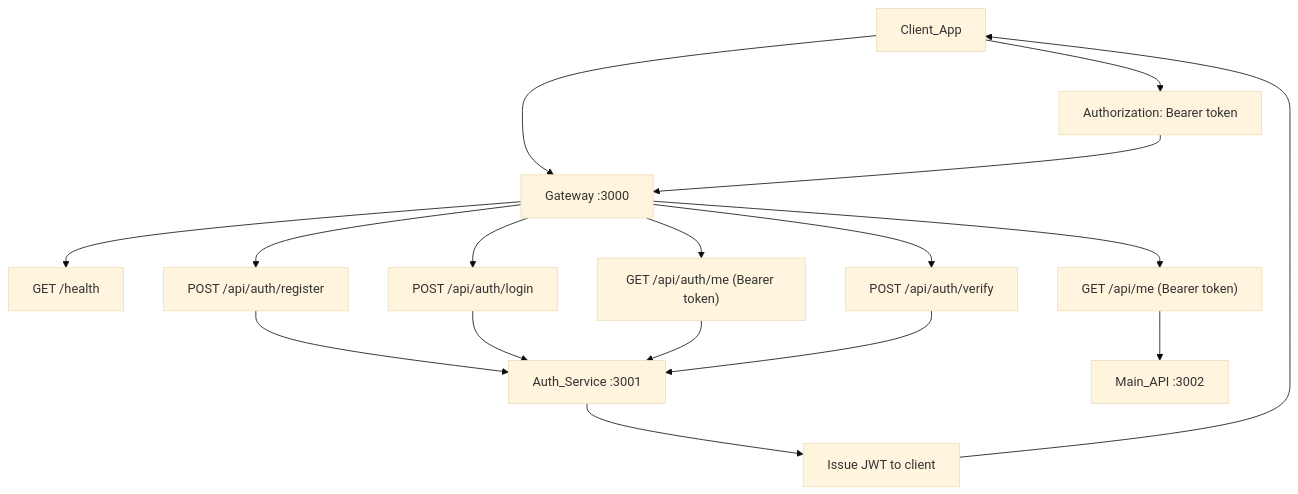
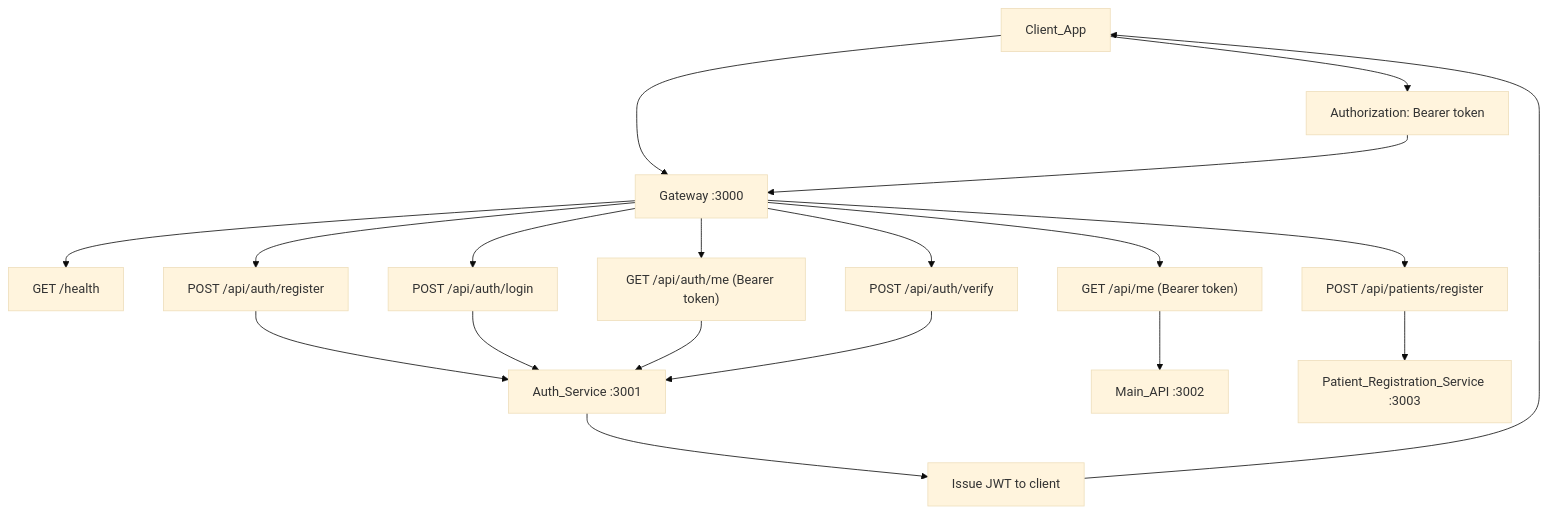
One commit to HWDevOps-Group6/Coursework changed the diagram in README.md. Above: the diagram before and after it, drawn with Mermaid (base theme). The commit also changed other lines of this file and 13 other files, not shown here.

Commit message:
patient registration as a service

````diff
--- a/README.md
+++ b/README.md
@@ -31,23 +37,25 @@
 ```mermaid
 flowchart TD
 Client[Client_App] --> Gateway["Gateway :3000"]
 
 Gateway --> GWHealth["GET /health"]
 Gateway --> GWAuthRegister["POST /api/auth/register"]
 Gateway --> GWAuthLogin["POST /api/auth/login"]
 Gateway --> GWAuthMe["GET /api/auth/me (Bearer token)"]
 Gateway --> GWAuthVerify["POST /api/auth/verify"]
 Gateway --> GWMainMe["GET /api/me (Bearer token)"]
 
 GWAuthRegister --> AuthService["Auth_Service :3001"]
 GWAuthLogin --> AuthService
 GWAuthMe --> AuthService
 GWAuthVerify --> AuthService
 
 GWMainMe --> MainService["Main_API :3002"]
+Gateway --> GWPatientReg["POST /api/patients/register"]
+GWPatientReg --> PatientRegService["Patient_Registration_Service :3003"]
 
 AuthService --> IssueJwt["Issue JWT to client"]
 IssueJwt --> Client
 Client --> SendBearer["Authorization: Bearer token"]
 SendBearer --> Gateway
 ```
````
